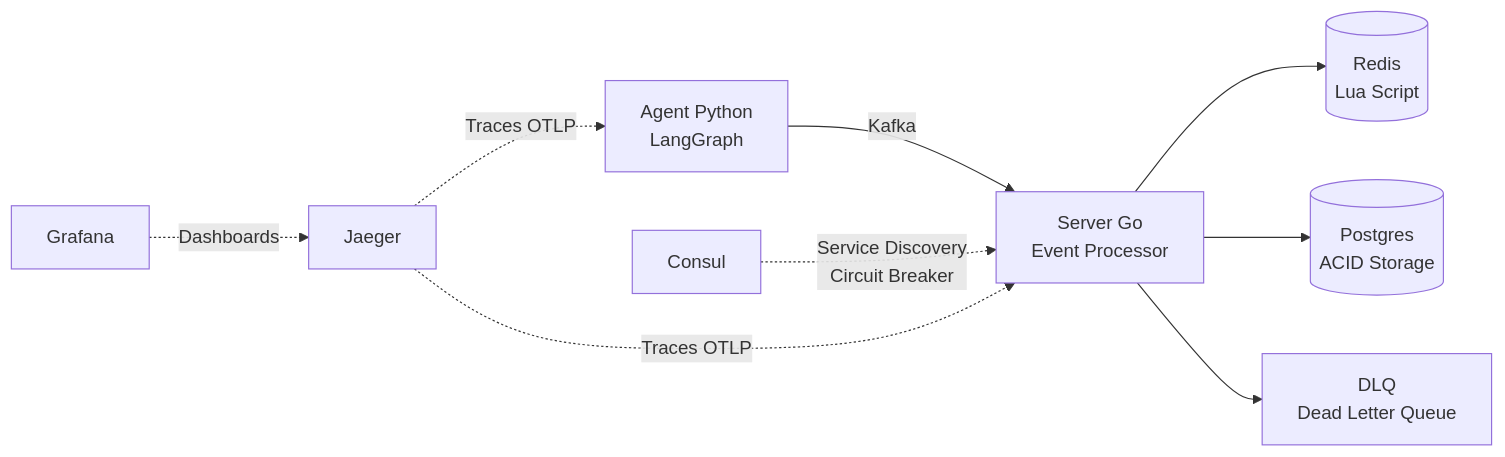
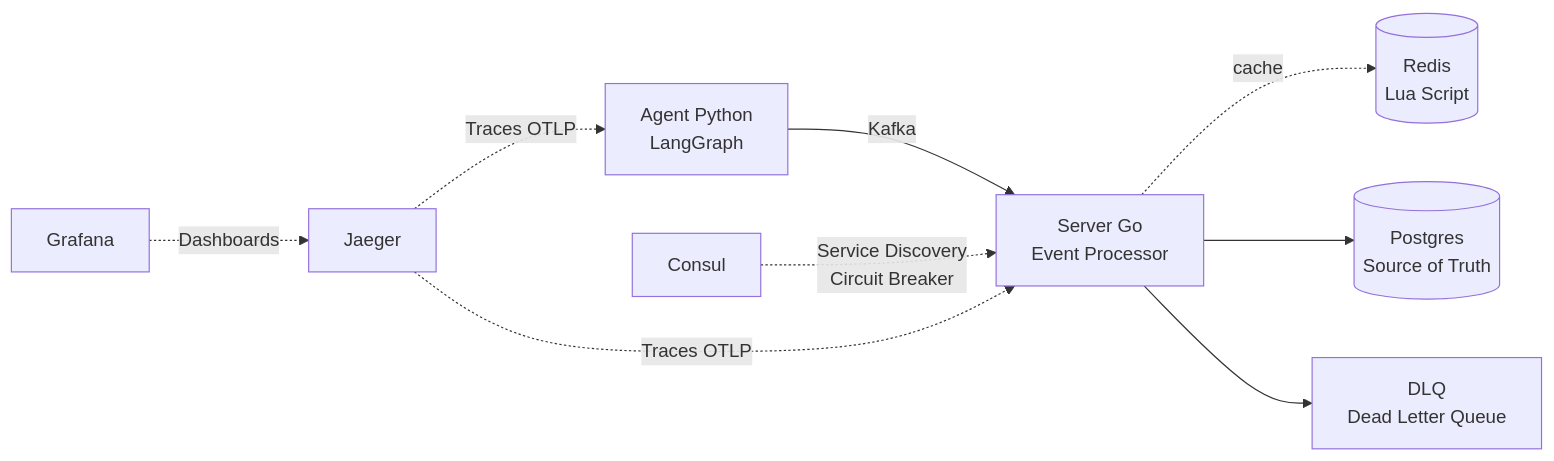
The first of 2 diagrams in README.md (deboracastrodev/distribuid-system-simulator), drawn with Mermaid before and after one commit. The commit also changed other lines of this file and 24 other files, not shown here.

````diff
--- a/README.md
+++ b/README.md
@@ -7,10 +7,10 @@
 ```mermaid
 graph LR
     A[Agent Python<br/>LangGraph] -->|Kafka| B[Server Go<br/>Event Processor]
-    B --> C[(Redis<br/>Lua Script)]
-    B --> D[(Postgres<br/>ACID Storage)]
+    B -.->|cache| C[(Redis<br/>Lua Script)]
+    B --> D[(Postgres<br/>Source of Truth)]
     B --> E[DLQ<br/>Dead Letter Queue]
     F[Consul] -.->|Service Discovery<br/>Circuit Breaker| B
     G[Jaeger] -.->|Traces OTLP| A & B
     H[Grafana] -.->|Dashboards| G
 ```
````
